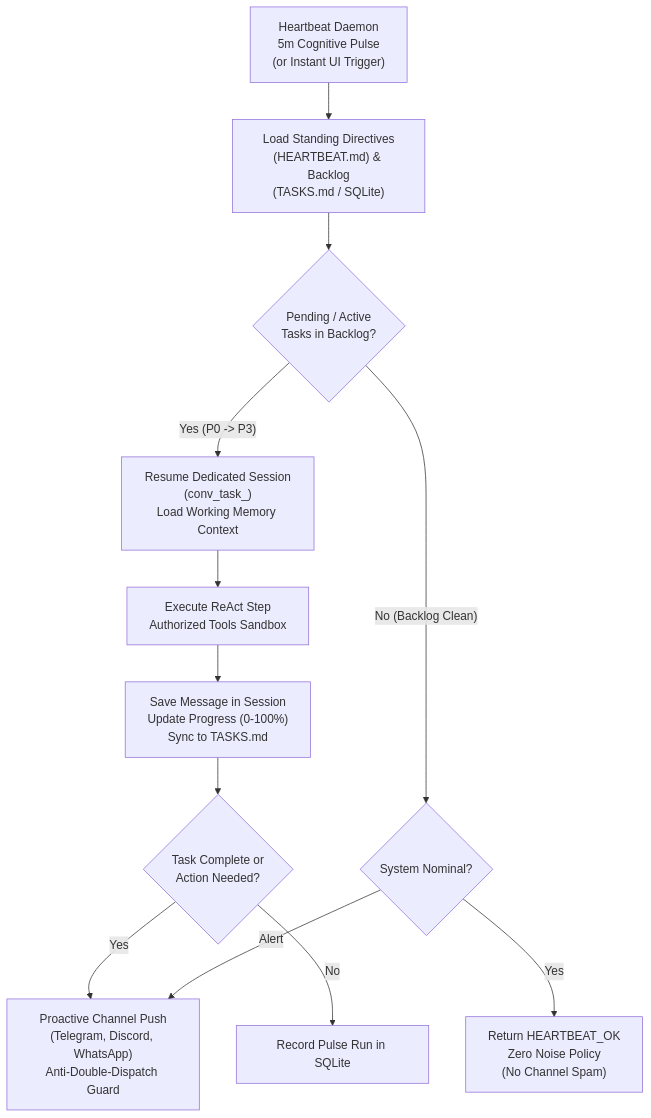
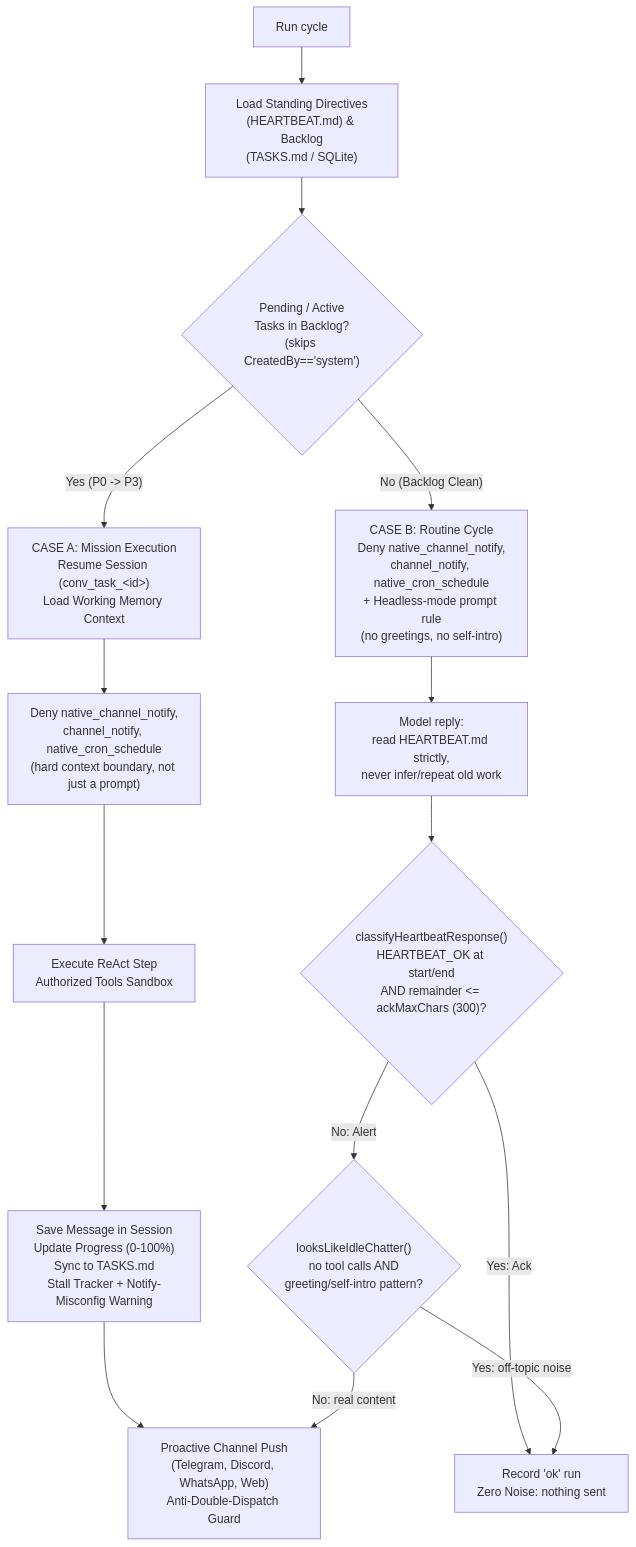
One commit to actonos/actonos changed the fifth of 10 diagrams in docs/ARCHITECTURE.md. Above: the diagram before and after it, drawn with Mermaid. The commit also changed other lines of this file and 24 other files, not shown here.

Commit message:
feat(core): optimize heartbeat flow, add channel error detector, fix bugs

````diff
--- a/docs/ARCHITECTURE.md
+++ b/docs/ARCHITECTURE.md
@@ -252,16 +305,19 @@
 ```mermaid
 graph TD
-    PULSE["Heartbeat Daemon\n5m Cognitive Pulse\n(or Instant UI Trigger)"] --> READ_MD["Load Standing Directives\n(HEARTBEAT.md) & Backlog\n(TASKS.md / SQLite)"]
-    READ_MD --> CHECK_TASK{"Pending / Active\nTasks in Backlog?"}
-    
-    CHECK_TASK -- "Yes (P0 -> P3)" --> RESUME_SESSION["Resume Dedicated Session\n(conv_task_<id>)\nLoad Working Memory Context"]
-    RESUME_SESSION --> REACT_LOOP["Execute ReAct Step\nAuthorized Tools Sandbox"]
-    REACT_LOOP --> PERSIST_STEP["Save Message in Session\nUpdate Progress (0-100%)\nSync to TASKS.md"]
-    PERSIST_STEP --> PUSH_ALERT{"Task Complete or\nAction Needed?"}
-    PUSH_ALERT -- "Yes" --> PROACTIVE_PUSH["Proactive Channel Push\n(Telegram, Discord, WhatsApp)\nAnti-Double-Dispatch Guard"]
-    PUSH_ALERT -- "No" --> AUDIT_RECORD["Record Pulse Run in SQLite"]
-    
-    CHECK_TASK -- "No (Backlog Clean)" --> ZERO_NOISE{"System Nominal?"}
-    ZERO_NOISE -- "Yes" --> HB_OK["Return HEARTBEAT_OK\nZero Noise Policy\n(No Channel Spam)"]
-    ZERO_NOISE -- "Alert" --> PROACTIVE_PUSH
+    RUN["Run cycle"] --> READ_MD["Load Standing Directives\n(HEARTBEAT.md) & Backlog\n(TASKS.md / SQLite)"]
+    READ_MD --> CHECK_TASK{"Pending / Active\nTasks in Backlog?\n(skips CreatedBy=='system')"}
+
+    CHECK_TASK -- "Yes (P0 -> P3)" --> RESUME_SESSION["CASE A: Mission Execution\nResume Session (conv_task_&lt;id&gt;)\nLoad Working Memory Context"]
+    RESUME_SESSION --> DENY_A["Deny native_channel_notify,\nchannel_notify, native_cron_schedule\n(hard context boundary, not just a prompt)"]
+    DENY_A --> REACT_LOOP["Execute ReAct Step\nAuthorized Tools Sandbox"]
+    REACT_LOOP --> PERSIST_STEP["Save Message in Session\nUpdate Progress (0-100%)\nSync to TASKS.md\nStall Tracker + Notify-Misconfig Warning"]
+    PERSIST_STEP --> PROACTIVE_PUSH["Proactive Channel Push\n(Telegram, Discord, WhatsApp, Web)\nAnti-Double-Dispatch Guard"]
+
+    CHECK_TASK -- "No (Backlog Clean)" --> DENY_B["CASE B: Routine Cycle\nDeny native_channel_notify,\nchannel_notify, native_cron_schedule\n+ Headless-mode prompt rule\n(no greetings, no self-intro)"]
+    DENY_B --> MODEL["Model reply:\nread HEARTBEAT.md strictly,\nnever infer/repeat old work"]
+    MODEL --> CLASSIFY{"classifyHeartbeatResponse()\nHEARTBEAT_OK at start/end\nAND remainder <= ackMaxChars (300)?"}
+    CLASSIFY -- "Yes: Ack" --> HB_OK["Record 'ok' run\nZero Noise: nothing sent"]
+    CLASSIFY -- "No: Alert" --> IDLE_CHECK{"looksLikeIdleChatter()\nno tool calls AND\ngreeting/self-intro pattern?"}
+    IDLE_CHECK -- "Yes: off-topic noise" --> HB_OK
+    IDLE_CHECK -- "No: real content" --> PROACTIVE_PUSH
 ```
````
